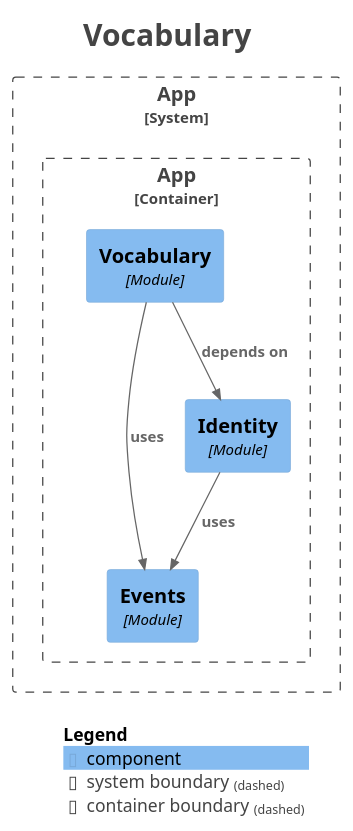
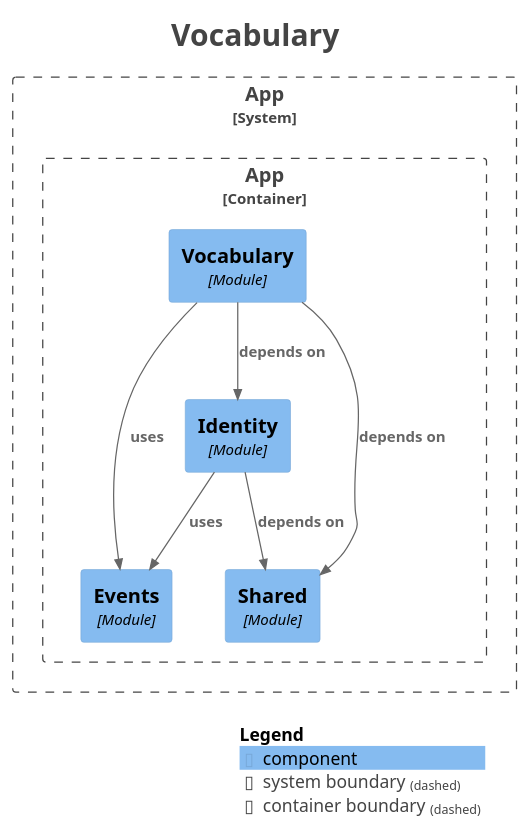
The diagram in docs/generated/module-vocabulary.puml (mrscams/psymate-api), drawn with PlantUML before and after one commit. The commit also changed 6 other files, not shown here.

```diff
--- a/docs/generated/module-vocabulary.puml
+++ b/docs/generated/module-vocabulary.puml
@@ -1,33 +1,36 @@
 @startuml
 title <size:24>Vocabulary</size>
 
 set separator none
 top to bottom direction
 
 <style>
   root {
     BackgroundColor: #ffffff
     FontColor: #444444
   }
 </style>
 
 !include <C4/C4>
 !include <C4/C4_Context>
 !include <C4/C4_Component>
 
 System_Boundary("App_boundary", "App", $tags="") {
   Container_Boundary("App.App_boundary", "App", $tags="") {
     Component(App.App.Events, "Events", $techn="Module", $descr="", $tags="", $link="")
     Component(App.App.Identity, "Identity", $techn="Module", $descr="", $tags="", $link="")
+    Component(App.App.Shared, "Shared", $techn="Module", $descr="", $tags="", $link="")
     Component(App.App.Vocabulary, "Vocabulary", $techn="Module", $descr="", $tags="", $link="")
   }
 
 }
 
 Rel(App.App.Identity, App.App.Events, "uses", $techn="", $tags="", $link="")
+Rel(App.App.Identity, App.App.Shared, "depends on", $techn="", $tags="", $link="")
 Rel(App.App.Vocabulary, App.App.Events, "uses", $techn="", $tags="", $link="")
 Rel(App.App.Vocabulary, App.App.Identity, "depends on", $techn="", $tags="", $link="")
+Rel(App.App.Vocabulary, App.App.Shared, "depends on", $techn="", $tags="", $link="")
 
 SHOW_LEGEND(true)
 hide stereotypes
 @enduml
```
